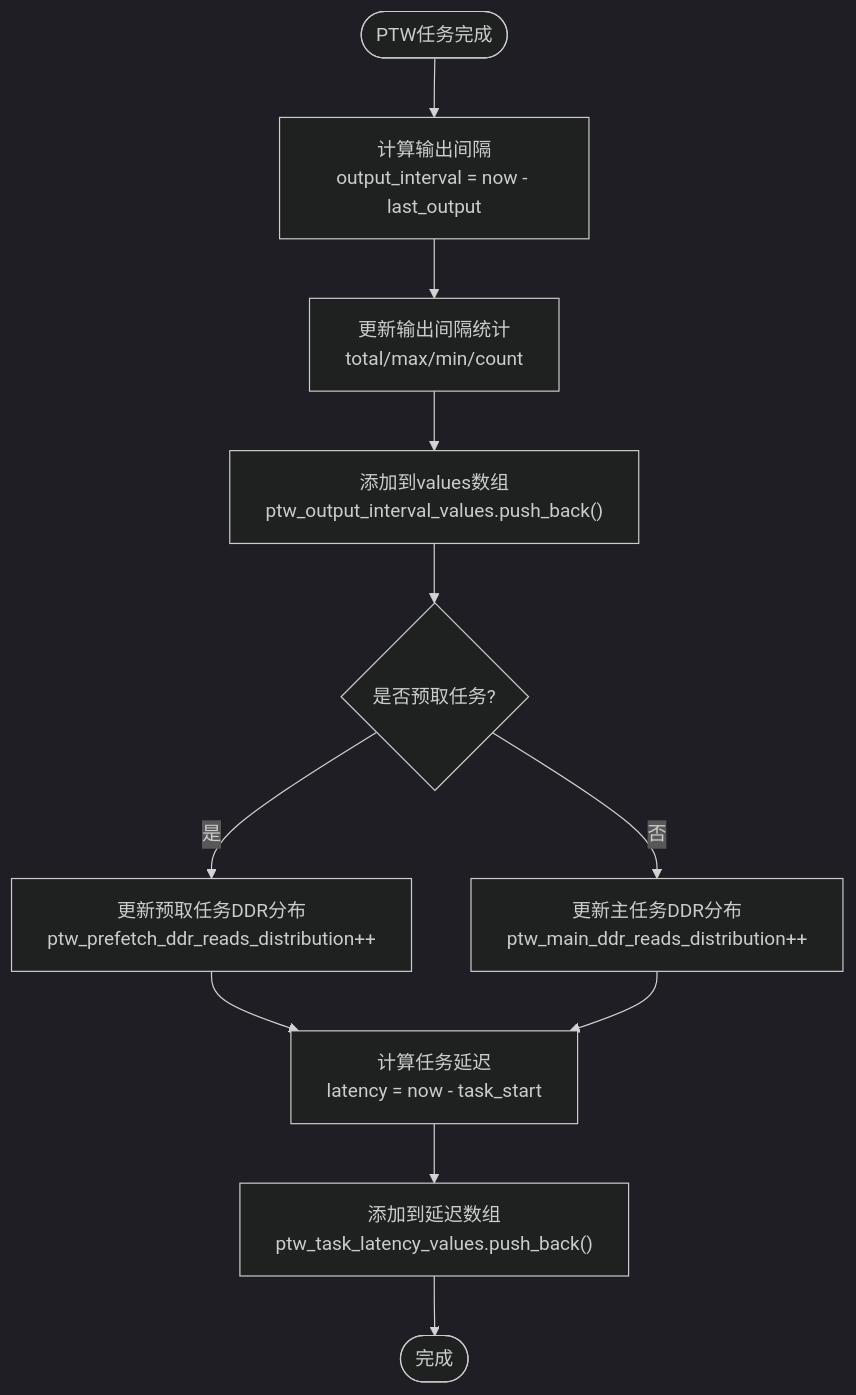
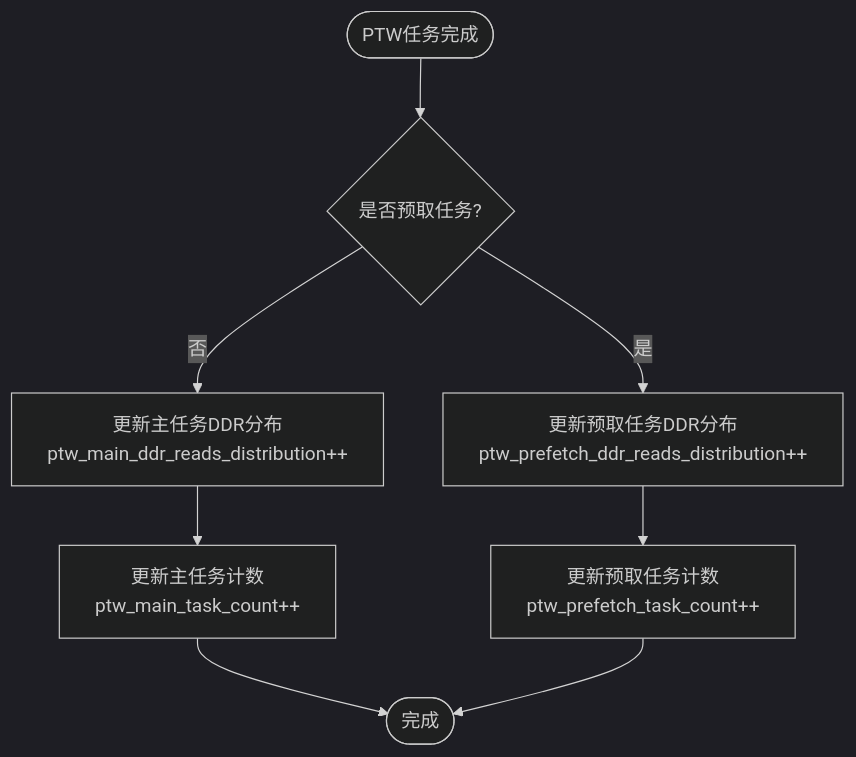
Before and after one commit to jiangjiang1122/iommu_model_20260401_v1: the eighth of 12 diagrams in .qoder/repowiki/zh/content/性能模型/性能指标与统计.md, drawn with Mermaid (dark theme). The commit also changed other lines of this file and 55 other files, not shown here.

````diff
--- a/.qoder/repowiki/zh/content/性能模型/性能指标与统计.md
+++ b/.qoder/repowiki/zh/content/性能模型/性能指标与统计.md
@@ -496,13 +470,10 @@
 ```mermaid
 flowchart TD
-Start(["PTW任务完成"]) --> CalcInterval["计算输出间隔<br/>output_interval = now - last_output"]
-CalcInterval --> UpdateStats["更新输出间隔统计<br/>total/max/min/count"]
-UpdateStats --> AddValue["添加到values数组<br/>ptw_output_interval_values.push_back()"]
-AddValue --> CheckPrefetch{"是否预取任务?"}
-CheckPrefetch --> |是| UpdatePrefDist["更新预取任务DDR分布<br/>ptw_prefetch_ddr_reads_distribution++"]
-CheckPrefetch --> |否| UpdateMainDist["更新主任务DDR分布<br/>ptw_main_ddr_reads_distribution++"]
-UpdatePrefDist --> CalcLatency["计算任务延迟<br/>latency = now - task_start"]
-UpdateMainDist --> CalcLatency
-CalcLatency --> AddLatency["添加到延迟数组<br/>ptw_task_latency_values.push_back()"]
-AddLatency --> End(["完成"])
+Start(["PTW任务完成"]) --> CheckType{"是否预取任务?"}
+CheckType --> |否| UpdateMain["更新主任务DDR分布<br/>ptw_main_ddr_reads_distribution++"]
+CheckType --> |是| UpdatePrefetch["更新预取任务DDR分布<br/>ptw_prefetch_ddr_reads_distribution++"]
+UpdateMain --> UpdateCount["更新主任务计数<br/>ptw_main_task_count++"]
+UpdatePrefetch --> UpdatePrefetchCount["更新预取任务计数<br/>ptw_prefetch_task_count++"]
+UpdateCount --> End(["完成"])
+UpdatePrefetchCount --> End
 ```
````
